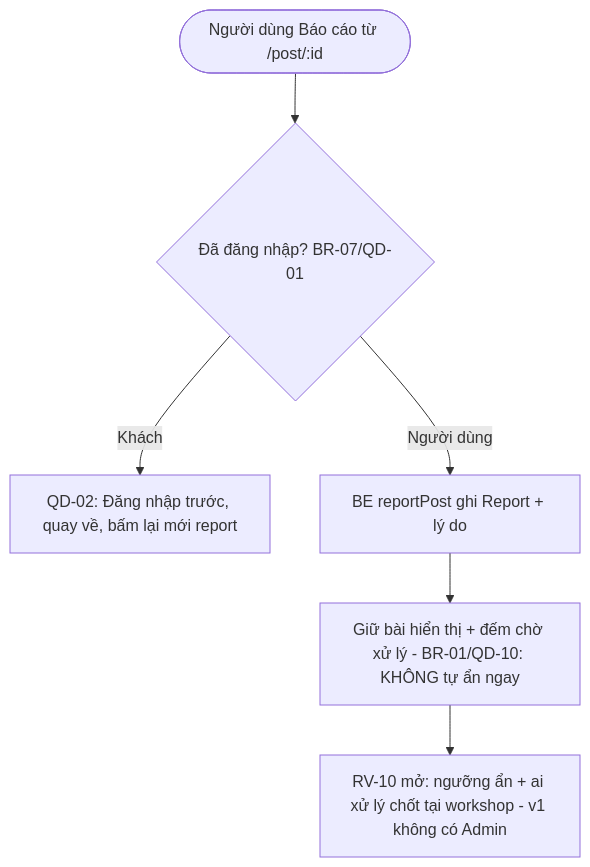
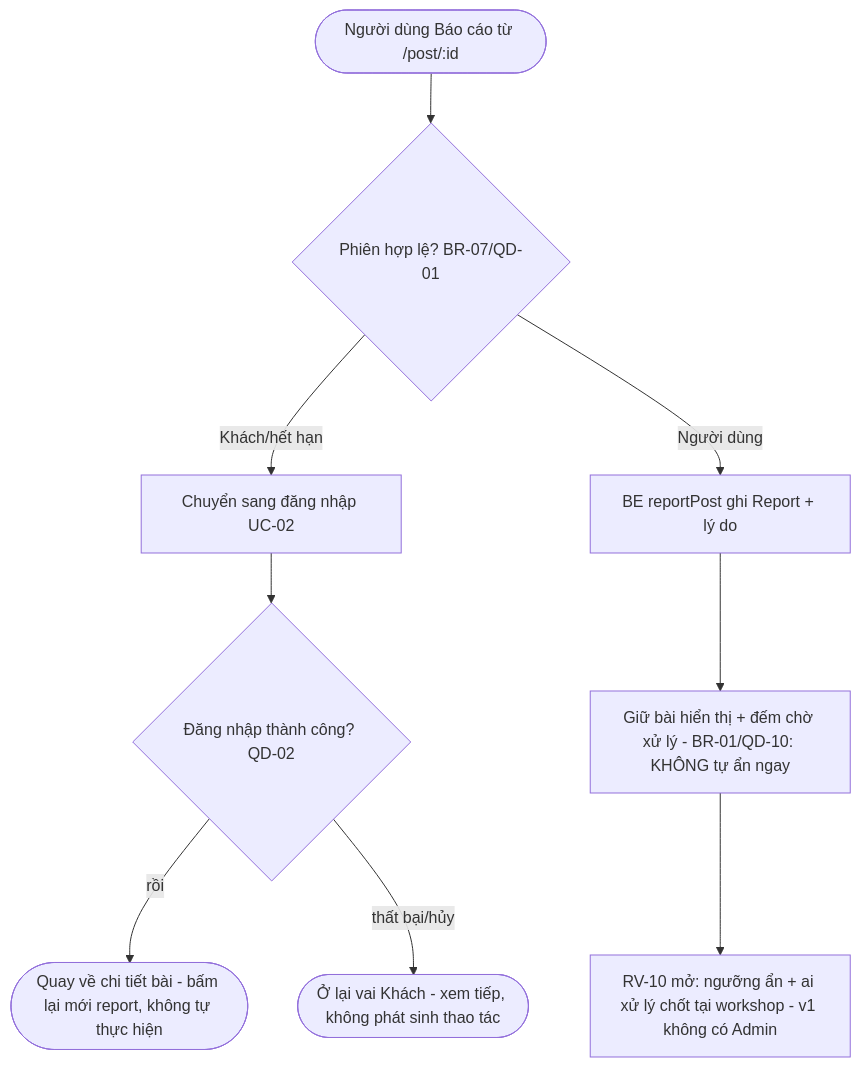
One commit to anqp5002/ToMateTo changed the fourth of 5 diagrams in docs/phase1-requirements/2.2_process_flows_BE.md. Above: the diagram before and after it, drawn with Mermaid. The commit also changed other lines of this file, not shown here.

Commit message:
update process flows

````diff
--- a/docs/phase1-requirements/2.2_process_flows_BE.md
+++ b/docs/phase1-requirements/2.2_process_flows_BE.md
@@ -75,8 +87,11 @@
 ```mermaid
 flowchart TB
-  U1([Người dùng Báo cáo từ /post/:id]) --> A1{Đã đăng nhập? BR-07/QD-01}
-  A1 -- Khách --> L[QD-02: Đăng nhập trước, quay về, bấm lại mới report]
+  U1([Người dùng Báo cáo từ /post/:id]) --> A1{Phiên hợp lệ? BR-07/QD-01}
+  A1 -- Khách/hết hạn --> L[Chuyển sang đăng nhập UC-02]
+  L --> S{Đăng nhập thành công? QD-02}
+  S -- rồi --> R1([Quay về chi tiết bài - bấm lại mới report, không tự thực hiện])
+  S -- thất bại/hủy --> G1([Ở lại vai Khách - xem tiếp, không phát sinh thao tác])
   A1 -- Người dùng --> B1[BE reportPost ghi Report + lý do]
   B1 --> K1[Giữ bài hiển thị + đếm chờ xử lý - BR-01/QD-10: KHÔNG tự ẩn ngay]
-  K1 --> R1[RV-10 mở: ngưỡng ẩn + ai xử lý chốt tại workshop - v1 không có Admin]
+  K1 --> R2[RV-10 mở: ngưỡng ẩn + ai xử lý chốt tại workshop - v1 không có Admin]
 ```
````
